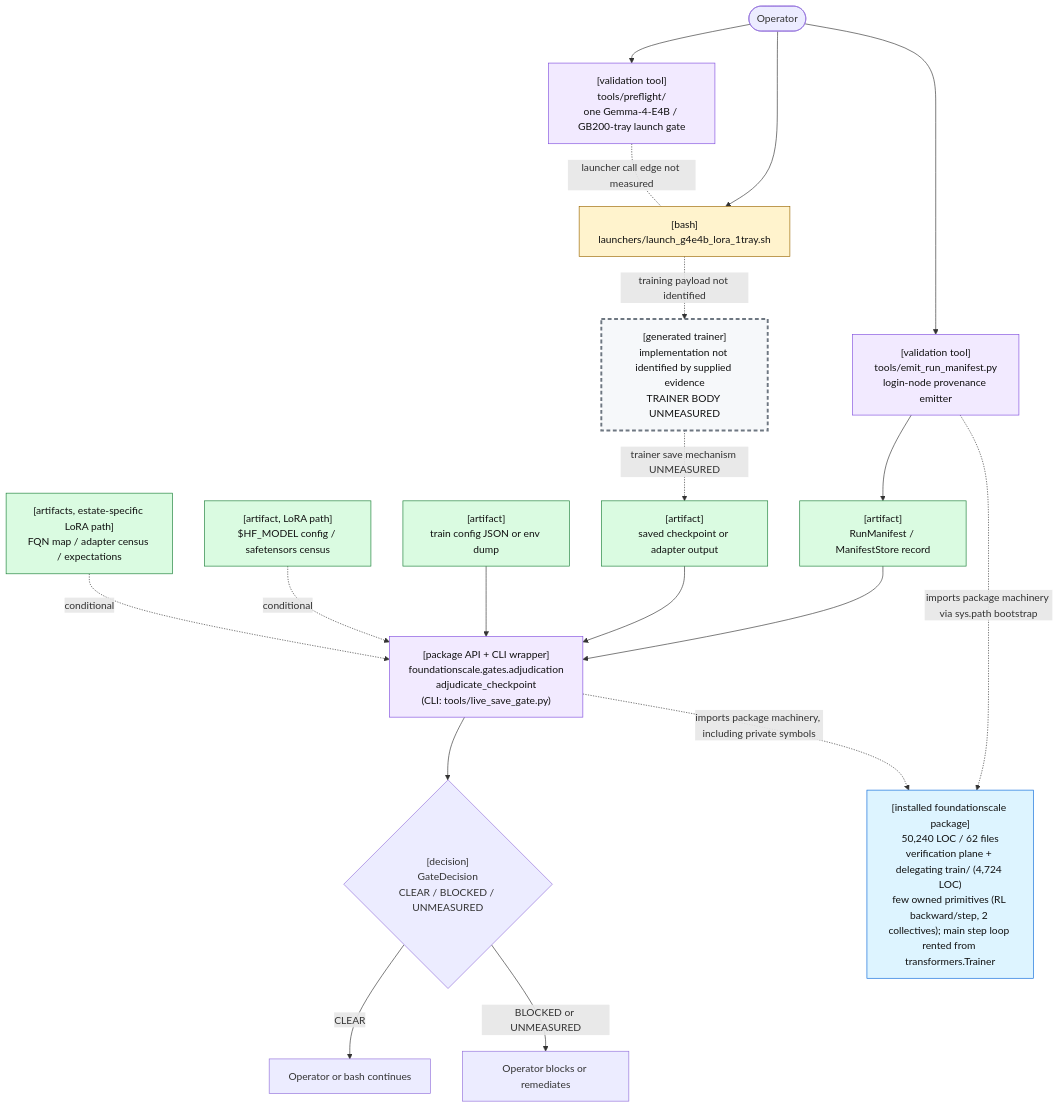
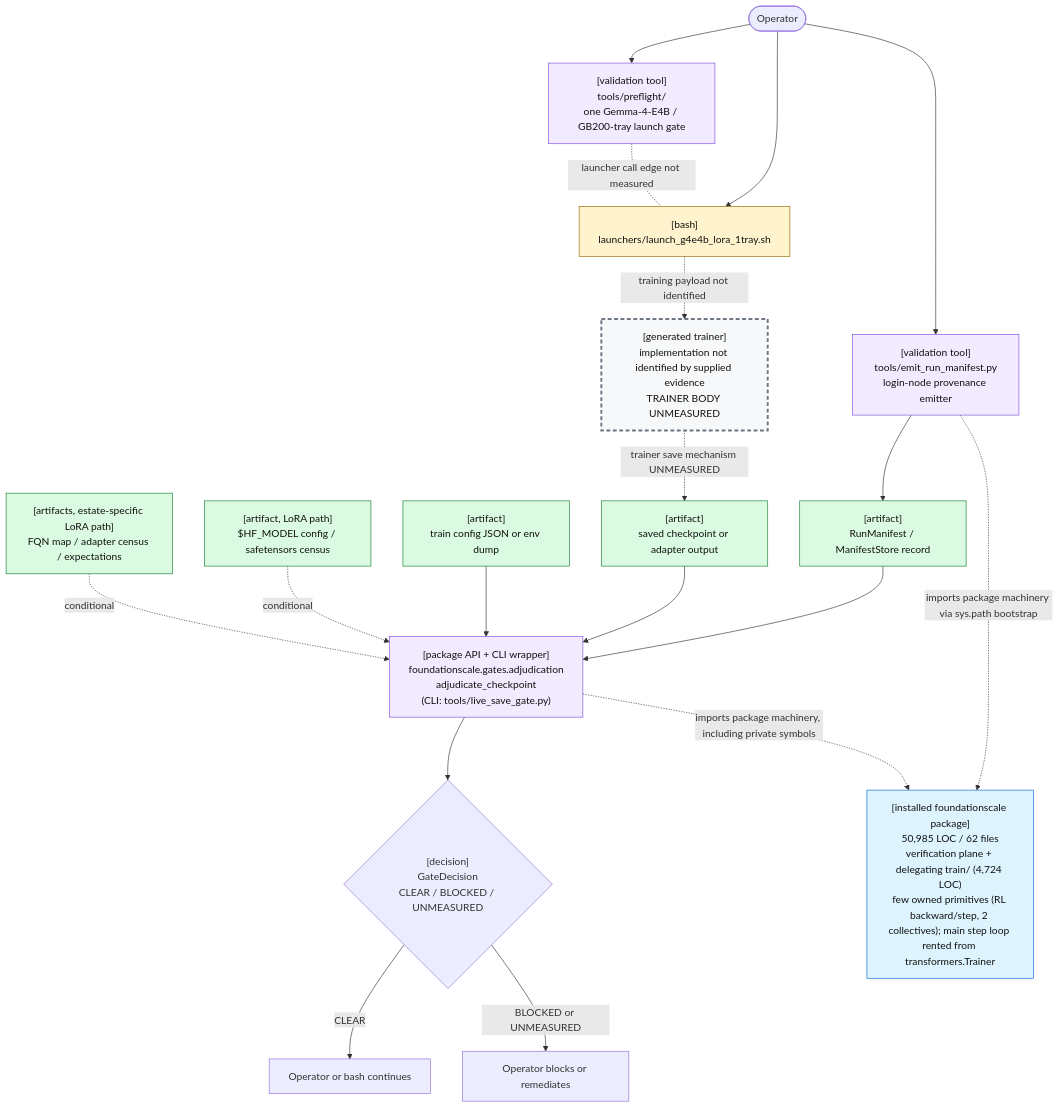
The first of 2 diagrams in docs/review/D2_current_architecture.md (TranNhiem/FoundationScale), drawn with Mermaid before and after one commit. The commit also changed other lines of this file and 10 other files, not shown here.

````diff
--- a/docs/review/D2_current_architecture.md
+++ b/docs/review/D2_current_architecture.md
@@ -25,59 +25,59 @@
 ```mermaid
 flowchart TB
   O(["Operator"])
 
   PF["[validation tool]<br/>tools/preflight/<br/>one Gemma-4-E4B / GB200-tray launch gate"]
   L["[bash]<br/>launchers/launch_g4e4b_lora_1tray.sh"]
 
   E["[validation tool]<br/>tools/emit_run_manifest.py<br/>login-node provenance emitter"]
   M["[artifact]<br/>RunManifest / ManifestStore record"]
 
   T["[generated trainer]<br/>implementation not identified by supplied evidence<br/>TRAINER BODY UNMEASURED"]
   C["[artifact]<br/>saved checkpoint or adapter output"]
 
   G["[package API + CLI wrapper]<br/>foundationscale.gates.adjudication<br/>adjudicate_checkpoint<br/>(CLI: tools/live_save_gate.py)"]
   CFG["[artifact]<br/>train config JSON or env dump"]
   BASE["[artifact, LoRA path]<br/>$HF_MODEL config / safetensors census"]
   CEN["[artifacts, estate-specific LoRA path]<br/>FQN map / adapter census / expectations"]
 
   D{"[decision]<br/>GateDecision<br/>CLEAR / BLOCKED / UNMEASURED"}
   OK["Operator or bash continues"]
   NO["Operator blocks or remediates"]
 
-  PKG["[installed foundationscale package]<br/>50,240 LOC / 62 files<br/>verification plane + delegating train/ (4,724 LOC)<br/>few owned primitives (RL backward/step, 2 collectives); main step loop rented from transformers.Trainer"]
+  PKG["[installed foundationscale package]<br/>50,985 LOC / 62 files<br/>verification plane + delegating train/ (4,724 LOC)<br/>few owned primitives (RL backward/step, 2 collectives); main step loop rented from transformers.Trainer"]
 
   O --> PF
   O --> L
   PF -. "launcher call edge not measured" .- L
 
   O --> E
   E --> M
 
   L -. "training payload not identified" .-> T
   T -. "trainer save mechanism UNMEASURED" .-> C
 
   M --> G
   C --> G
   CFG --> G
   BASE -. "conditional" .-> G
   CEN -. "conditional" .-> G
 
   E -. "imports package machinery via sys.path bootstrap" .-> PKG
   G -. "imports package machinery, including private symbols" .-> PKG
 
   G --> D
   D -->|"CLEAR"| OK
   D -->|"BLOCKED or UNMEASURED"| NO
 
   classDef bash fill:#fff3cd,stroke:#9a6700,color:#111;
   classDef tool fill:#f2eaff,stroke:#8250df,color:#111;
   classDef artifact fill:#dafbe1,stroke:#1a7f37,color:#111;
   classDef gap fill:#f6f8fa,stroke:#6e7781,stroke-width:3px,stroke-dasharray: 6 4,color:#111;
   classDef pkg fill:#ddf4ff,stroke:#0969da,color:#111;
 
   class L bash;
   class PF,E,G tool;
   class M,C,CFG,BASE,CEN artifact;
   class T gap;
   class PKG pkg;
 ```
````
